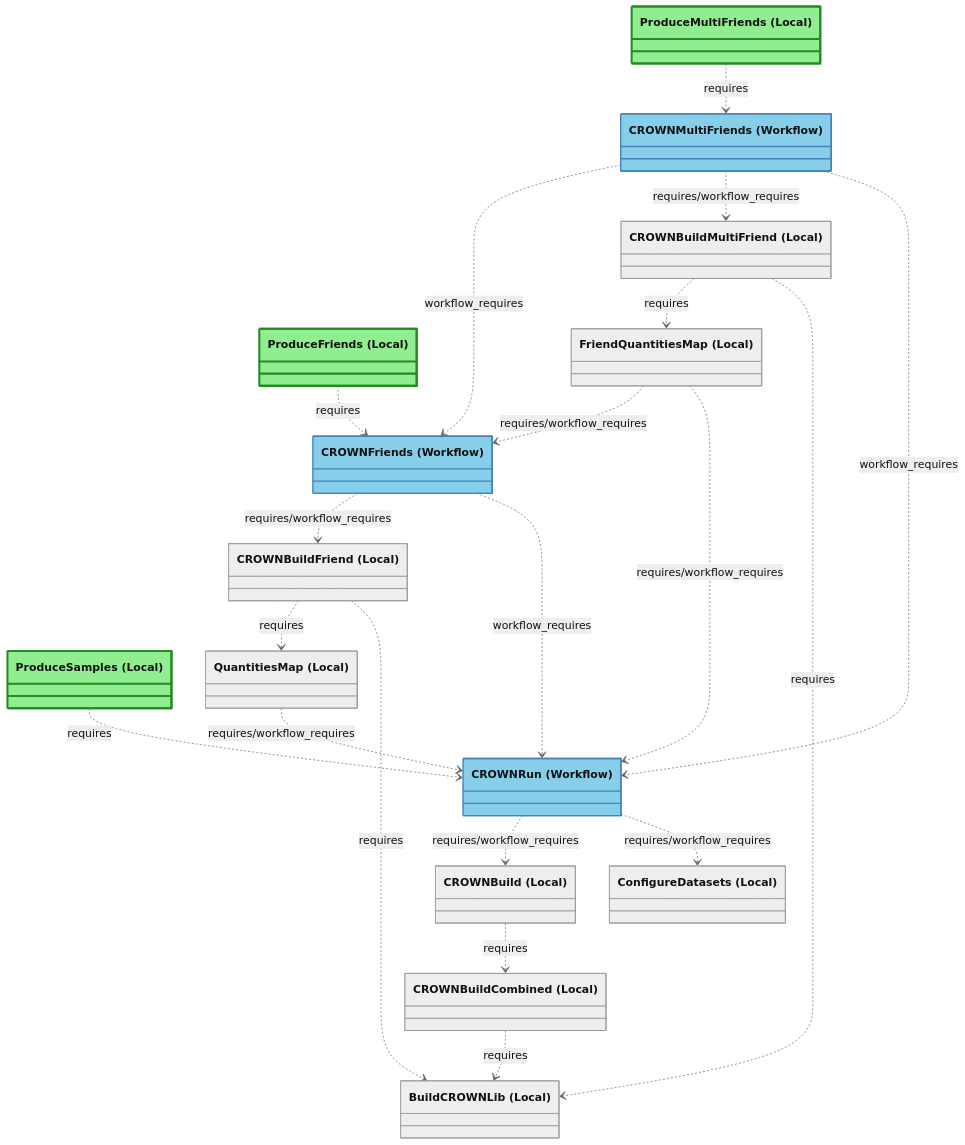
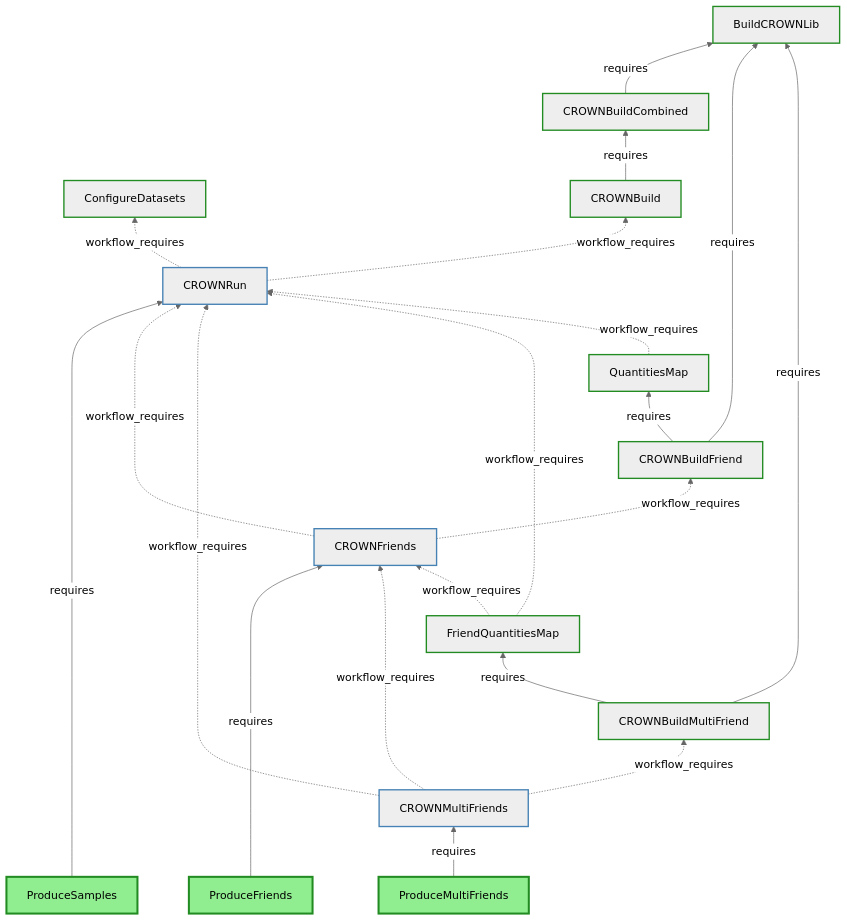
One commit to KIT-CMS/KingMaker changed the first of 3 diagrams in processor/DEPENDENCIES_DIAGRAM.md. Above: the diagram before and after it, drawn with Mermaid (neutral theme). The commit also changed other lines of this file and 2 other files, not shown here.

Commit message:
Improved diagramms as requested in PR comments

````diff
--- a/processor/DEPENDENCIES_DIAGRAM.md
+++ b/processor/DEPENDENCIES_DIAGRAM.md
@@ -47,62 +15,69 @@
 ```mermaid
-classDiagram
-  direction TB
-
+flowchart BT
   %% CROWN Ntuple Production Tasks
-  class ProduceSamples["ProduceSamples (Local)"]
-  class CROWNRun["CROWNRun (Workflow)"]
-  class ConfigureDatasets["ConfigureDatasets (Local)"]
-  class CROWNBuildCombined["CROWNBuildCombined (Local)"]
-  class CROWNBuild["CROWNBuild (Local)"]
-  class BuildCROWNLib["BuildCROWNLib (Local)"]
+  ProduceSamples["ProduceSamples"]
+  CROWNRun["CROWNRun"]
+  ConfigureDatasets["ConfigureDatasets"]
+  CROWNBuildCombined["CROWNBuildCombined"]
+  CROWNBuild["CROWNBuild"]
+  BuildCROWNLib["BuildCROWNLib"]
 
   %% CROWN Friend Production Tasks
-  class ProduceFriends["ProduceFriends (Local)"]
-  class CROWNFriends["CROWNFriends (Workflow)"]
-  class CROWNBuildFriend["CROWNBuildFriend (Local)"]
-  class QuantitiesMap["QuantitiesMap (Local)"]
+  ProduceFriends["ProduceFriends"]
+  CROWNFriends["CROWNFriends"]
+  CROWNBuildFriend["CROWNBuildFriend"]
+  QuantitiesMap["QuantitiesMap"]
 
   %% CROWN Multi-Friend Production Tasks
-  class ProduceMultiFriends["ProduceMultiFriends (Local)"]
-  class CROWNMultiFriends["CROWNMultiFriends (Workflow)"]
-  class CROWNBuildMultiFriend["CROWNBuildMultiFriend (Local)"]
-  class FriendQuantitiesMap["FriendQuantitiesMap (Local)"]
-
+  ProduceMultiFriends["ProduceMultiFriends"]
+  CROWNMultiFriends["CROWNMultiFriends"]
+  CROWNBuildMultiFriend["CROWNBuildMultiFriend"]
+  FriendQuantitiesMap["FriendQuantitiesMap"]
 
   %% === TASK DEPENDENCIES (requires/workflow_requires) ===
 
   %% CROWN Ntuple Production dependencies
-  CROWNRun ..> ConfigureDatasets : requires/workflow_requires
-  CROWNRun ..> CROWNBuild : requires/workflow_requires
-  CROWNBuildCombined ..> BuildCROWNLib : requires
-  CROWNBuild ..> CROWNBuildCombined : requires
-  ProduceSamples ..> CROWNRun : requires
+  CROWNRun -.->|workflow_requires| ConfigureDatasets
+  CROWNRun -.->|workflow_requires| CROWNBuild
+  CROWNBuildCombined -->|requires| BuildCROWNLib
+  CROWNBuild -->|requires| CROWNBuildCombined
+  ProduceSamples -------->|requires| CROWNRun
 
   %% CROWN Friend Production dependencies
-  CROWNFriends ..> CROWNRun : workflow_requires
-  CROWNFriends ..> CROWNBuildFriend : requires/workflow_requires
-  CROWNBuildFriend ..> BuildCROWNLib : requires
-  CROWNBuildFriend ..> QuantitiesMap : requires
-  QuantitiesMap ..> CROWNRun : requires/workflow_requires
-  ProduceFriends ..> CROWNFriends : requires
+  CROWNFriends -.->|workflow_requires| CROWNRun
+  CROWNFriends -.->|workflow_requires| CROWNBuildFriend
+  CROWNBuildFriend -->|requires| QuantitiesMap
+  CROWNBuildFriend -->|requires| BuildCROWNLib
+  ProduceFriends ----->|requires| CROWNFriends
 
   %% CROWN Multi-Friend Production dependencies
-  CROWNMultiFriends ..> CROWNRun : workflow_requires
-  CROWNMultiFriends ..> CROWNBuildMultiFriend : requires/workflow_requires
-  CROWNMultiFriends ..> CROWNFriends : workflow_requires
-  CROWNBuildMultiFriend ..> BuildCROWNLib : requires
-  CROWNBuildMultiFriend ..> FriendQuantitiesMap : requires
-  FriendQuantitiesMap ..> CROWNRun : requires/workflow_requires
-  FriendQuantitiesMap ..> CROWNFriends : requires/workflow_requires
-  ProduceMultiFriends ..> CROWNMultiFriends : requires
+  CROWNMultiFriends -.->|workflow_requires| CROWNRun
+  CROWNMultiFriends -.->|workflow_requires| CROWNBuildMultiFriend
+  CROWNMultiFriends -.->|workflow_requires| CROWNFriends
+  CROWNBuildMultiFriend -->|requires| BuildCROWNLib
+  CROWNBuildMultiFriend -->|requires| FriendQuantitiesMap
+  FriendQuantitiesMap -.->|workflow_requires| CROWNRun
+  FriendQuantitiesMap -.->|workflow_requires| CROWNFriends
+  ProduceMultiFriends -->|requires| CROWNMultiFriends
+  QuantitiesMap -.->|workflow_requires| CROWNRun
 
   %% Styling for top-level entry points
-  style ProduceSamples fill:#90EE90,stroke:#228B22,stroke-width:3px
-  style ProduceFriends fill:#90EE90,stroke:#228B22,stroke-width:3px
-  style ProduceMultiFriends fill:#90EE90,stroke:#228B22,stroke-width:3px
+  style ProduceSamples fill:#90EE90,stroke:#228B22,stroke-width:3px,color:#000
+  style ProduceFriends fill:#90EE90,stroke:#228B22,stroke-width:3px,color:#000
+  style ProduceMultiFriends fill:#90EE90,stroke:#228B22,stroke-width:3px,color:#000
 
   %% Styling for workflow tasks
-  style CROWNRun fill:#87CEEB,stroke:#4682B4,stroke-width:2px
-  style CROWNFriends fill:#87CEEB,stroke:#4682B4,stroke-width:2px
-  style CROWNMultiFriends fill:#87CEEB,stroke:#4682B4,stroke-width:2px
+  style CROWNRun stroke:#4682B4,stroke-width:2px
+  style CROWNFriends stroke:#4682B4,stroke-width:2px
+  style CROWNMultiFriends stroke:#4682B4,stroke-width:2px
+
+  %% Styling for local tasks with green border
+  style ConfigureDatasets stroke:#228B22,stroke-width:2px
+  style CROWNBuildCombined stroke:#228B22,stroke-width:2px
+  style CROWNBuild stroke:#228B22,stroke-width:2px
+  style BuildCROWNLib stroke:#228B22,stroke-width:2px
+  style CROWNBuildFriend stroke:#228B22,stroke-width:2px
+  style QuantitiesMap stroke:#228B22,stroke-width:2px
+  style CROWNBuildMultiFriend stroke:#228B22,stroke-width:2px
+  style FriendQuantitiesMap stroke:#228B22,stroke-width:2px
 ```
````
